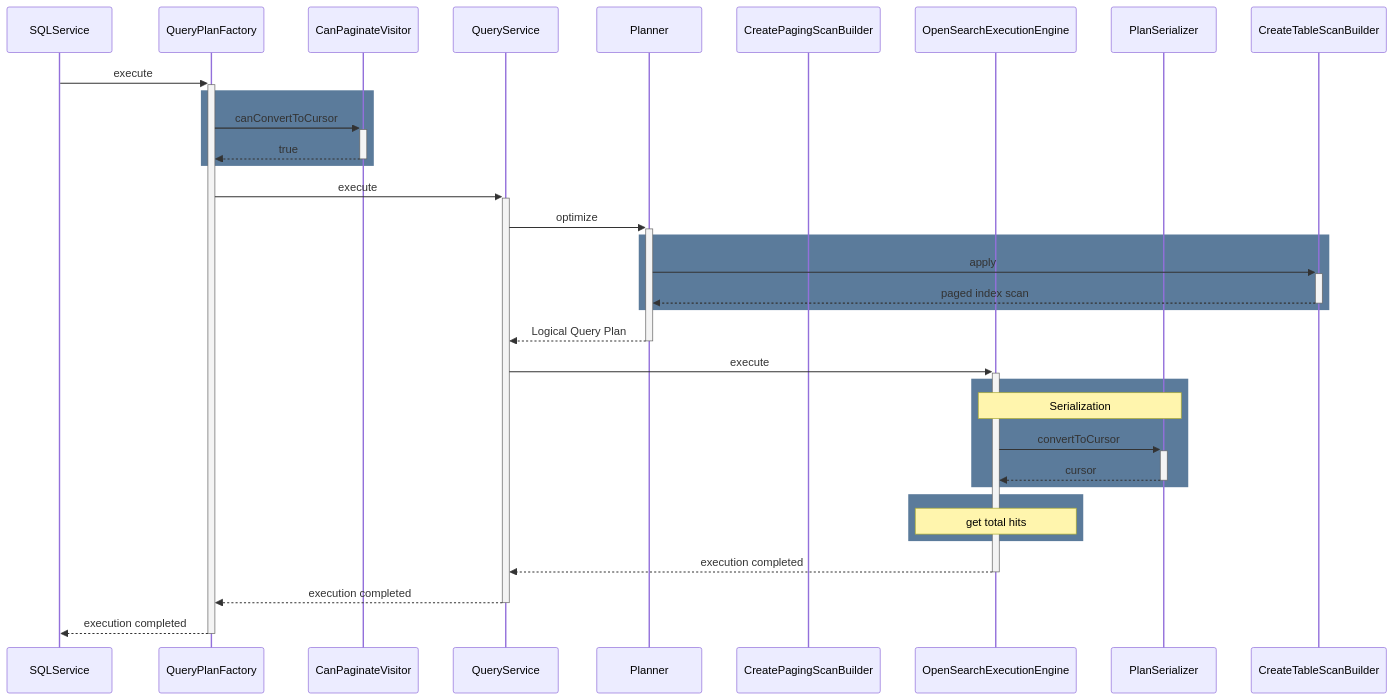
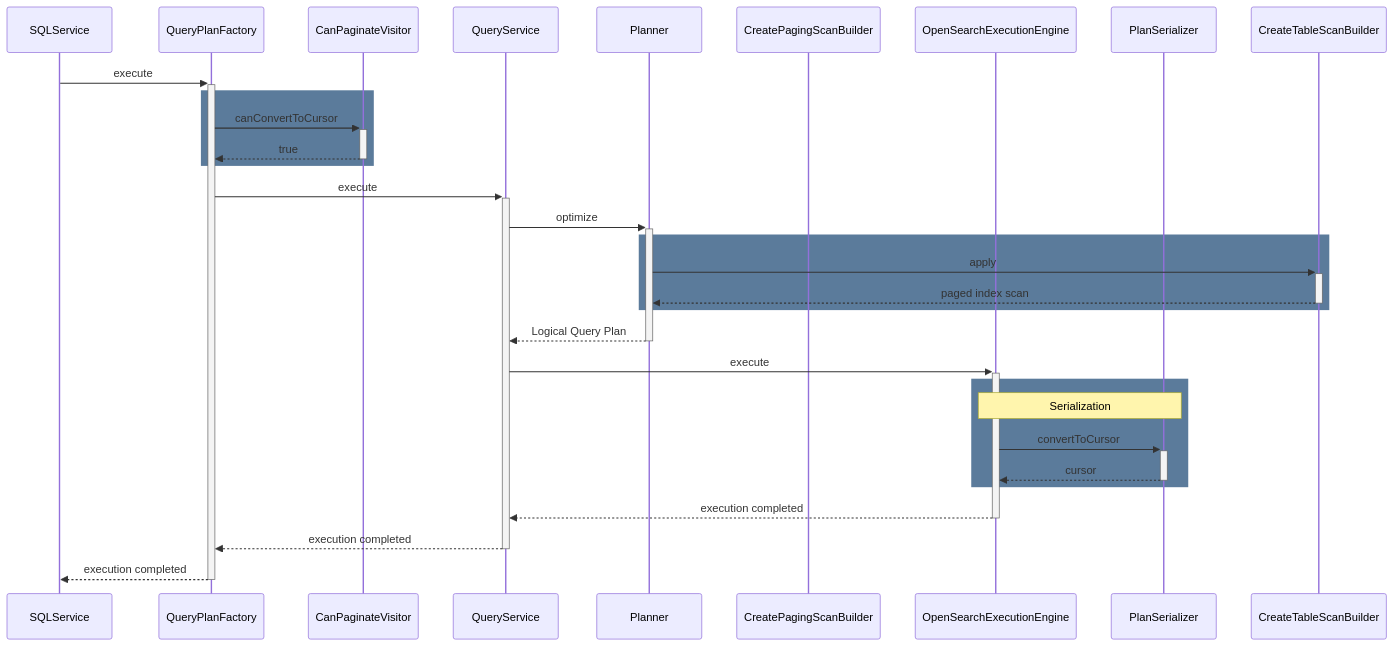
Before and after one commit to opensearch-project/sql: diagram 12 of 19 in docs/dev/Pagination-v2.md, drawn with Mermaid. The commit also changed other lines of this file and 31 other files, not shown here.

First line of the commit message:
Pagination: Remove `getTotalHits` feature (#1649)

````diff
--- a/docs/dev/Pagination-v2.md
+++ b/docs/dev/Pagination-v2.md
@@ -456,36 +455,33 @@
 ```mermaid
 sequenceDiagram
     participant SQLService
     participant QueryPlanFactory
     participant CanPaginateVisitor
     participant QueryService
     participant Planner
     participant CreatePagingScanBuilder
     participant OpenSearchExecutionEngine
     participant PlanSerializer
 
 SQLService ->>+ QueryPlanFactory : execute
   rect rgb(91, 123, 155)
   QueryPlanFactory ->>+ CanPaginateVisitor : canConvertToCursor
     CanPaginateVisitor -->>- QueryPlanFactory : true
   end
   QueryPlanFactory ->>+ QueryService : execute
     QueryService ->>+ Planner : optimize
       rect rgb(91, 123, 155)
       Planner ->>+ CreateTableScanBuilder : apply
         CreateTableScanBuilder -->>- Planner : paged index scan
       end
       Planner -->>- QueryService : Logical Query Plan
     QueryService ->>+ OpenSearchExecutionEngine : execute
       rect rgb(91, 123, 155)
       Note over OpenSearchExecutionEngine, PlanSerializer : Serialization
       OpenSearchExecutionEngine ->>+ PlanSerializer : convertToCursor
         PlanSerializer -->>- OpenSearchExecutionEngine : cursor
       end
-      rect rgb(91, 123, 155)
-      Note over OpenSearchExecutionEngine : get total hits
-      end
       OpenSearchExecutionEngine -->>- QueryService : execution completed
     QueryService -->>- QueryPlanFactory : execution completed
   QueryPlanFactory -->>- SQLService : execution completed
 ```
````
